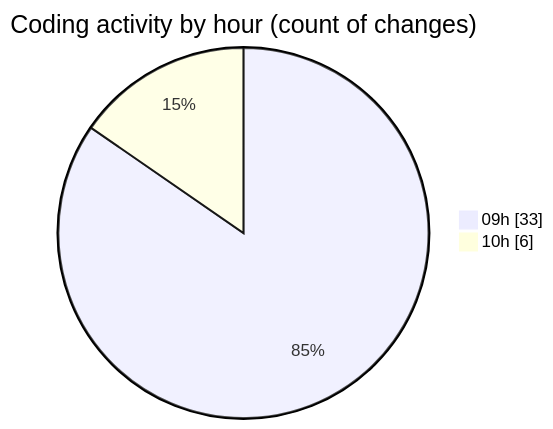
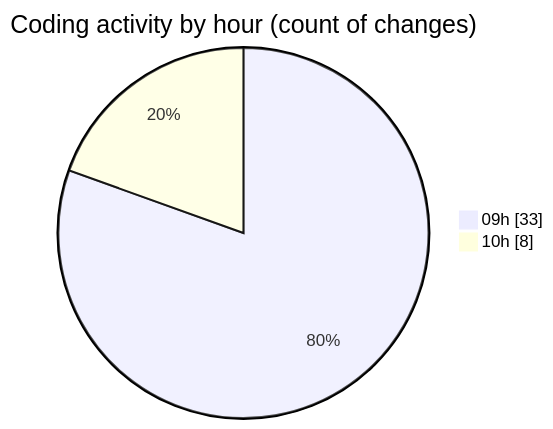
Before and after one commit to CELIANVF/code-tracking: the second of 2 diagrams in 2025-05-20/ecodeli-1/README.md, drawn with Mermaid. The commit also changed other lines of this file and 1 other file, not shown here.

````diff
--- a/2025-05-20/ecodeli-1/README.md
+++ b/2025-05-20/ecodeli-1/README.md
@@ -48,6 +48,6 @@
 ```mermaid
 pie showData
 title Coding activity by hour (count of changes)
 "09h" : 33
-"10h" : 6
+"10h" : 8
 ```
````
